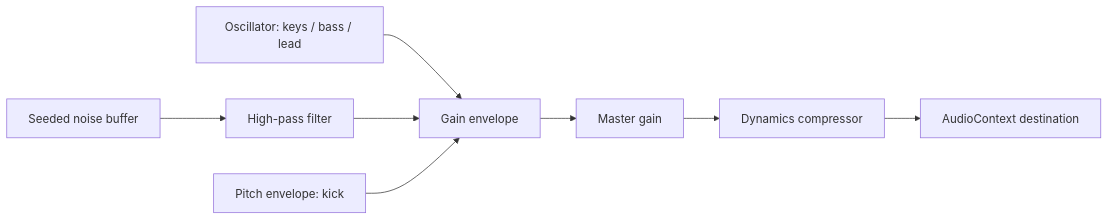
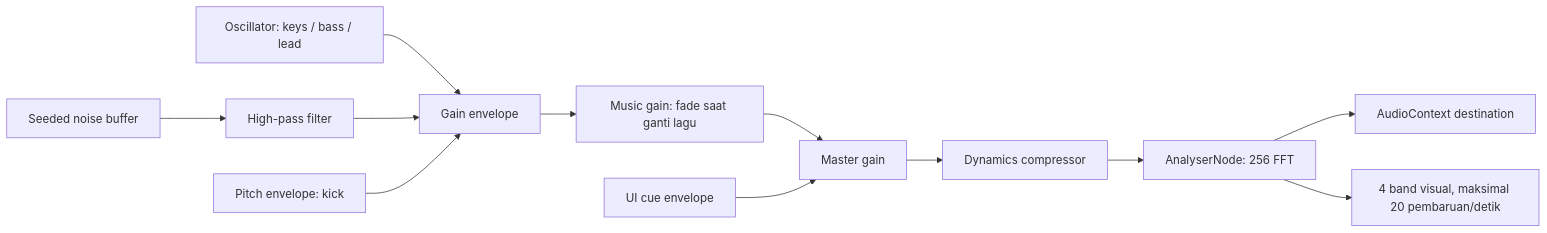
The diagram in docs/AUDIO.md (rickopra/rickopra.github.io), drawn with Mermaid before and after one commit. The commit also changed other lines of this file and 13 other files, not shown here.

````diff
--- a/docs/AUDIO.md
+++ b/docs/AUDIO.md
@@ -11,10 +18,14 @@
 ```mermaid
 flowchart LR
     Notes[Oscillator: keys / bass / lead] --> Envelope[Gain envelope]
     Noise[Seeded noise buffer] --> Filter[High-pass filter]
     Filter --> Envelope
     Kick[Pitch envelope: kick] --> Envelope
-    Envelope --> Master[Master gain]
+    Envelope --> Music[Music gain: fade saat ganti lagu]
+    Music --> Master[Master gain]
+    Cue[UI cue envelope] --> Master
     Master --> Compressor[Dynamics compressor]
-    Compressor --> Output[AudioContext destination]
+    Compressor --> Analyser[AnalyserNode: 256 FFT]
+    Analyser --> Output[AudioContext destination]
+    Analyser --> Meter[4 band visual, maksimal 20 pembaruan/detik]
 ```
````
